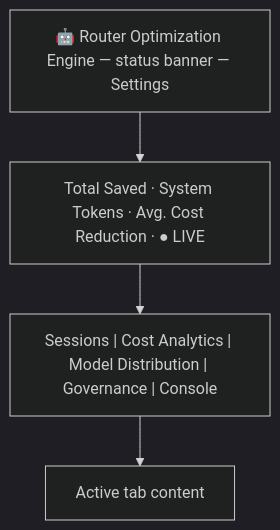
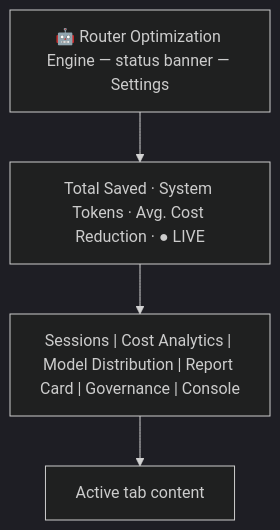
Before and after one commit to davidpizon/TotallyHot-ArcRouter: the diagram in docs/gui/dashboard.md, drawn with Mermaid (dark theme). The commit also changed other lines of this file and 25 other files, not shown here.

First line of the commit message:
feat(gui): add unified spend / grade / score-delta report card

````diff
--- a/docs/gui/dashboard.md
+++ b/docs/gui/dashboard.md
@@ -81,9 +83,9 @@
 ```mermaid
 flowchart TD
     Header["🤖 Router Optimization Engine — status banner — Settings"]
     Ticker["Total Saved · System Tokens · Avg. Cost Reduction · ● LIVE"]
-    Tabs["Sessions | Cost Analytics | Model Distribution | Governance | Console"]
+    Tabs["Sessions | Cost Analytics | Model Distribution | Report Card | Governance | Console"]
     Content["Active tab content"]
 
     Header --> Ticker --> Tabs --> Content
 ```
````
